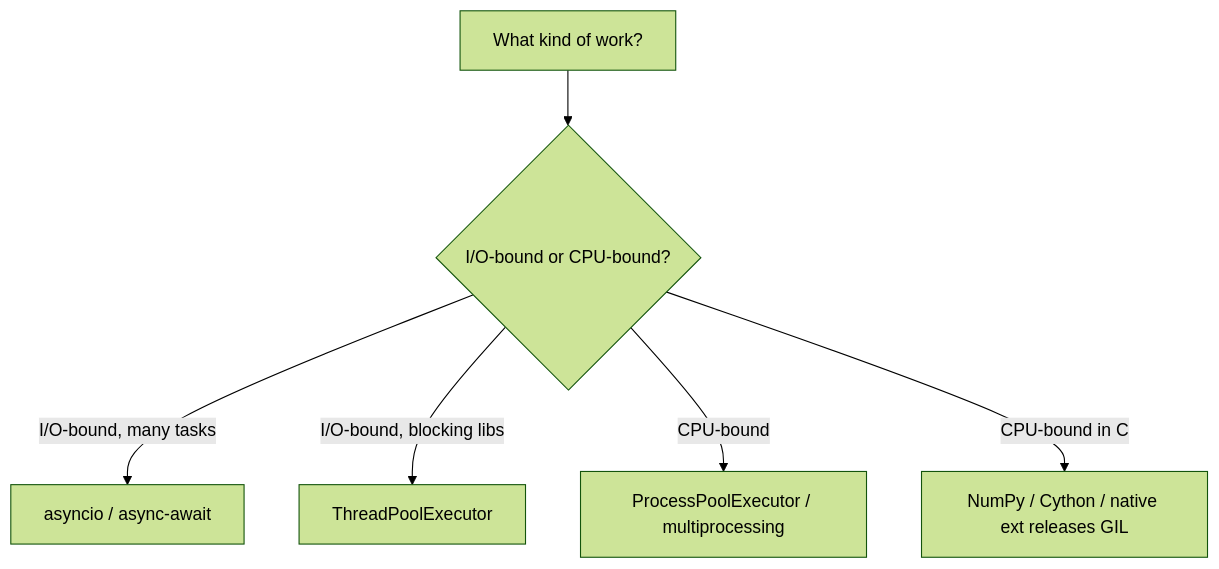
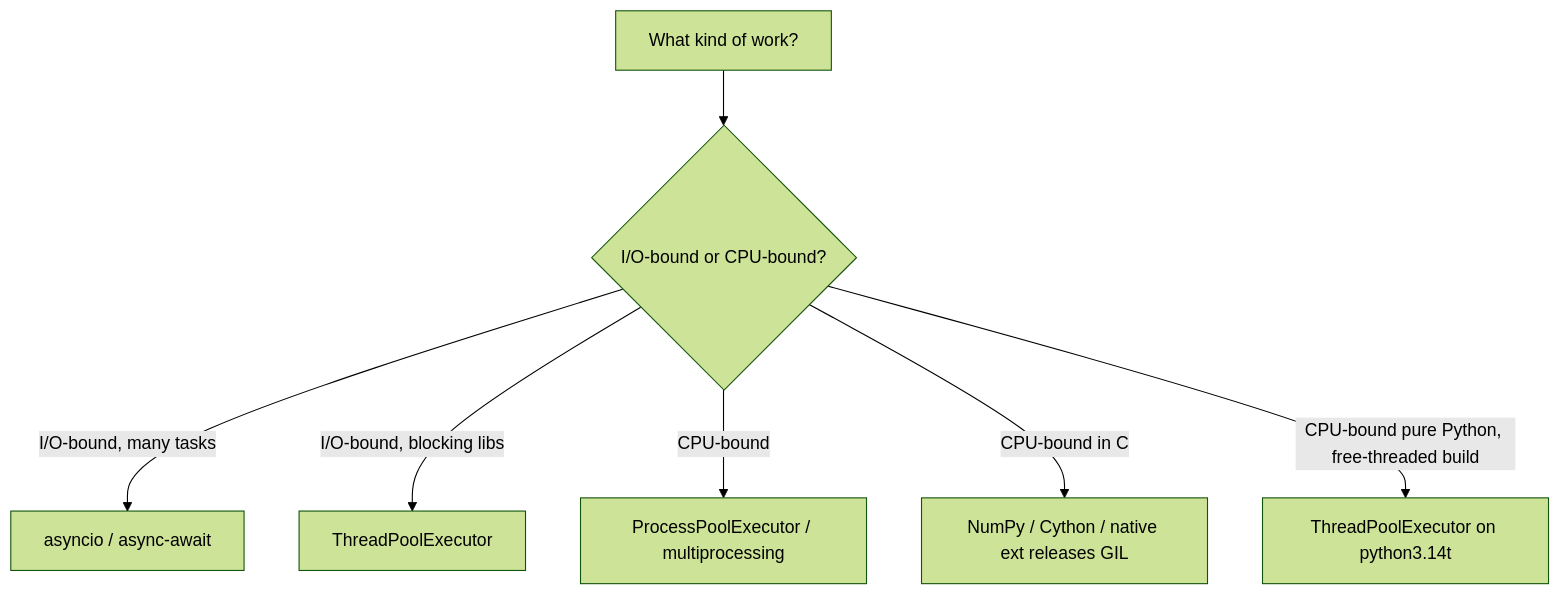
The second of 5 diagrams in design-patterns/Design_Patterns_Python.md (sirius-15/learning_material), drawn with Mermaid (forest theme) before and after one commit. The commit also changed other lines of this file and 2 other files, not shown here.

````diff
--- a/design-patterns/Design_Patterns_Python.md
+++ b/design-patterns/Design_Patterns_Python.md
@@ -1462,8 +1521,9 @@
 ```mermaid
 flowchart TD
     Start[What kind of work?] --> Q{I/O-bound or CPU-bound?}
     Q -->|"I/O-bound, many tasks"| Asyncio[asyncio / async-await]
     Q -->|"I/O-bound, blocking libs"| Threads[ThreadPoolExecutor]
     Q -->|"CPU-bound"| Procs[ProcessPoolExecutor / multiprocessing]
     Q -->|"CPU-bound in C"| Ext[NumPy / Cython / native ext releases GIL]
+    Q -->|"CPU-bound pure Python, free-threaded build"| FT[ThreadPoolExecutor on python3.14t]
 ```
````
